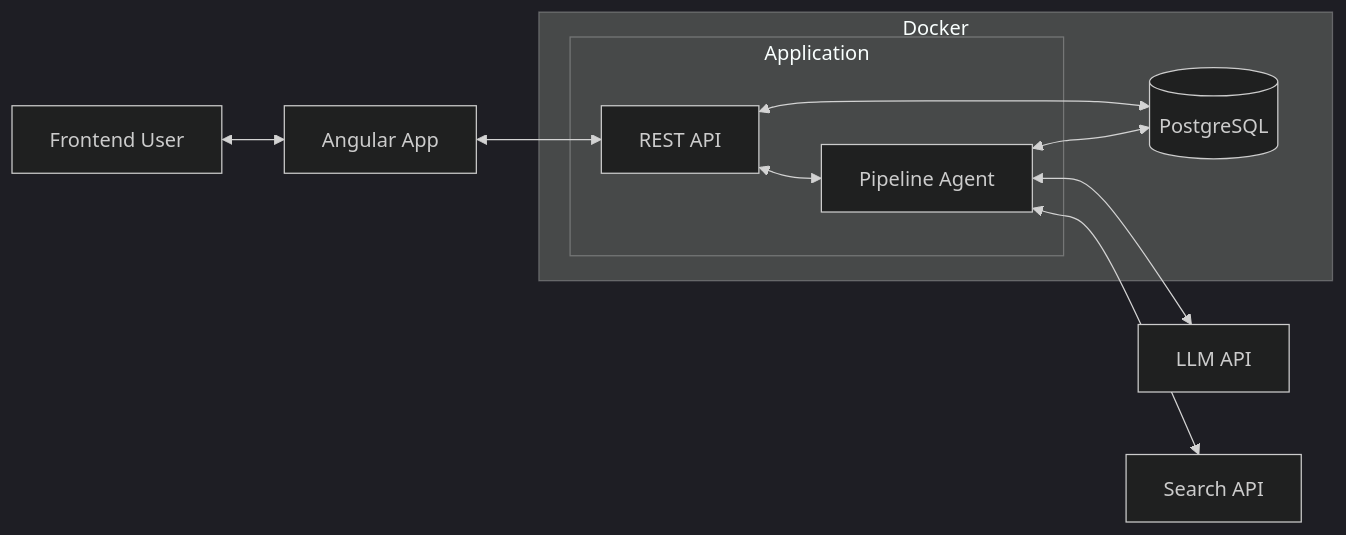
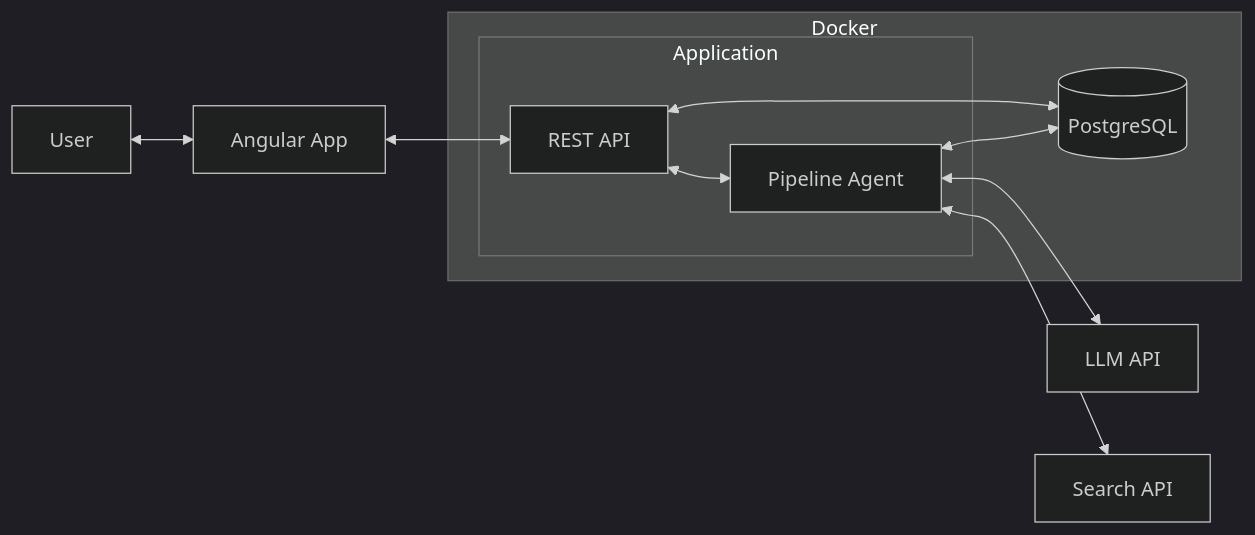
The first of 2 diagrams in README.md (jonkmatsumo/resume-customizer), drawn with Mermaid (dark theme) before and after one commit. The commit also changed other lines of this file and 5 other files, not shown here.

````diff
--- a/README.md
+++ b/README.md
@@ -23,17 +23,17 @@
 ```mermaid
 flowchart LR
-    USER[Frontend User] <--> APP[Angular App]
+    USER[User] <--> APP[Angular App]
     APP <--> API[REST API]
     
     subgraph Docker
         DB[(PostgreSQL)]
         subgraph Application
             API <--> AGENT[Pipeline Agent]
         end
     end
     
     API <--> DB
     AGENT <--> LLM[LLM API]
     AGENT <--> SEARCH[Search API]
     AGENT <--> DB
 ```
````
